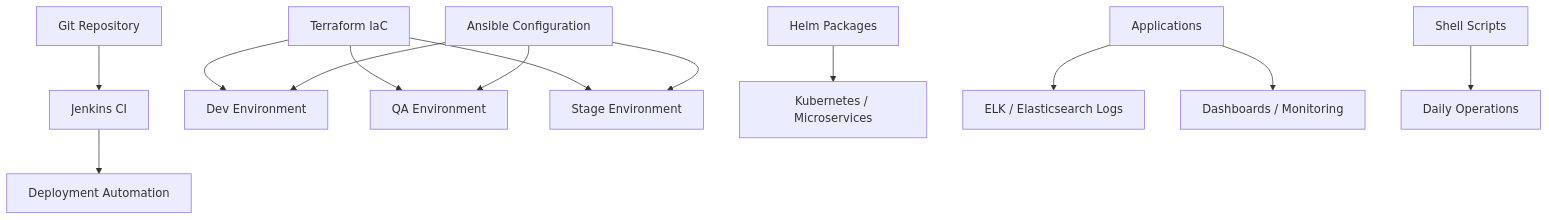
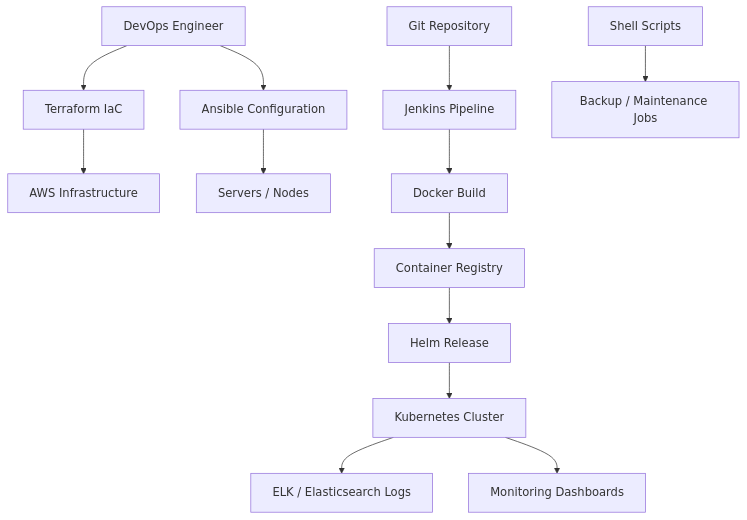
One commit to saurabhdindokar/saurabhdindokar.github.io changed the diagram in project-pocs/06-enterprise-automation-iac-monitoring-poc.md. Above: the diagram before and after it, drawn with Mermaid. The commit also changed other lines of this file and 28 other files, not shown here.

````diff
--- a/project-pocs/06-enterprise-automation-iac-monitoring-poc.md
+++ b/project-pocs/06-enterprise-automation-iac-monitoring-poc.md
@@ -17,15 +24,15 @@
 ```mermaid
 flowchart TB
-  Git[Git Repository] --> Jenkins[Jenkins CI]
-  Jenkins --> Deploy[Deployment Automation]
-  Terraform[Terraform IaC] --> Dev[Dev Environment]
-  Terraform --> QA[QA Environment]
-  Terraform --> Stage[Stage Environment]
-  Ansible[Ansible Configuration] --> Dev
-  Ansible --> QA
-  Ansible --> Stage
-  Helm[Helm Packages] --> K8s[Kubernetes / Microservices]
-  Apps[Applications] --> ELK[ELK / Elasticsearch Logs]
-  Apps --> Grafana[Dashboards / Monitoring]
-  Shell[Shell Scripts] --> Ops[Daily Operations]
+  Engineer[DevOps Engineer] --> Terraform[Terraform IaC]
+  Terraform --> AWS[AWS Infrastructure]
+  Engineer --> Ansible[Ansible Configuration]
+  Ansible --> Servers[Servers / Nodes]
+  Git[Git Repository] --> Jenkins[Jenkins Pipeline]
+  Jenkins --> Docker[Docker Build]
+  Docker --> Registry[Container Registry]
+  Registry --> Helm[Helm Release]
+  Helm --> K8s[Kubernetes Cluster]
+  K8s --> Logs[ELK / Elasticsearch Logs]
+  K8s --> Metrics[Monitoring Dashboards]
+  Scripts[Shell Scripts] --> Backup[Backup / Maintenance Jobs]
 ```
````
